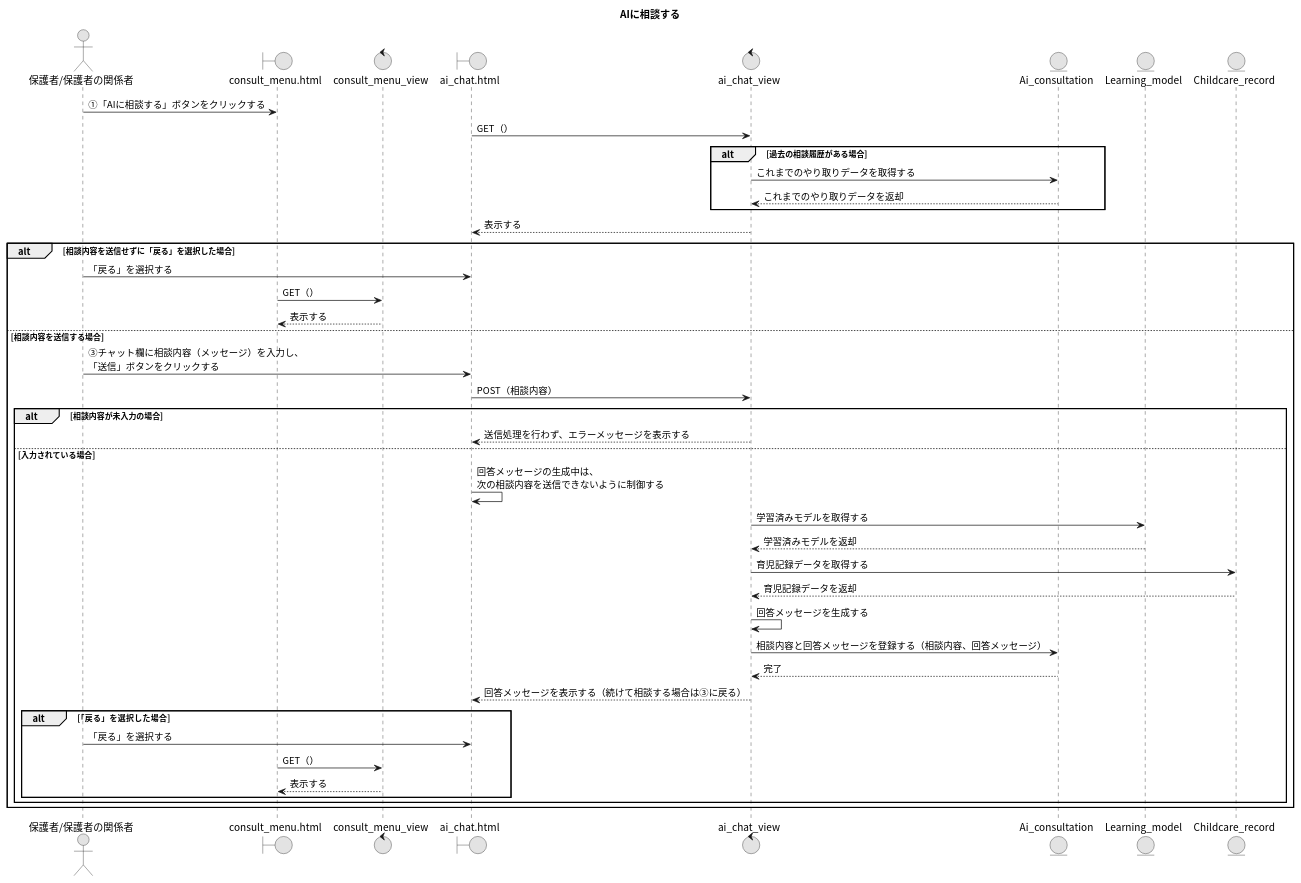
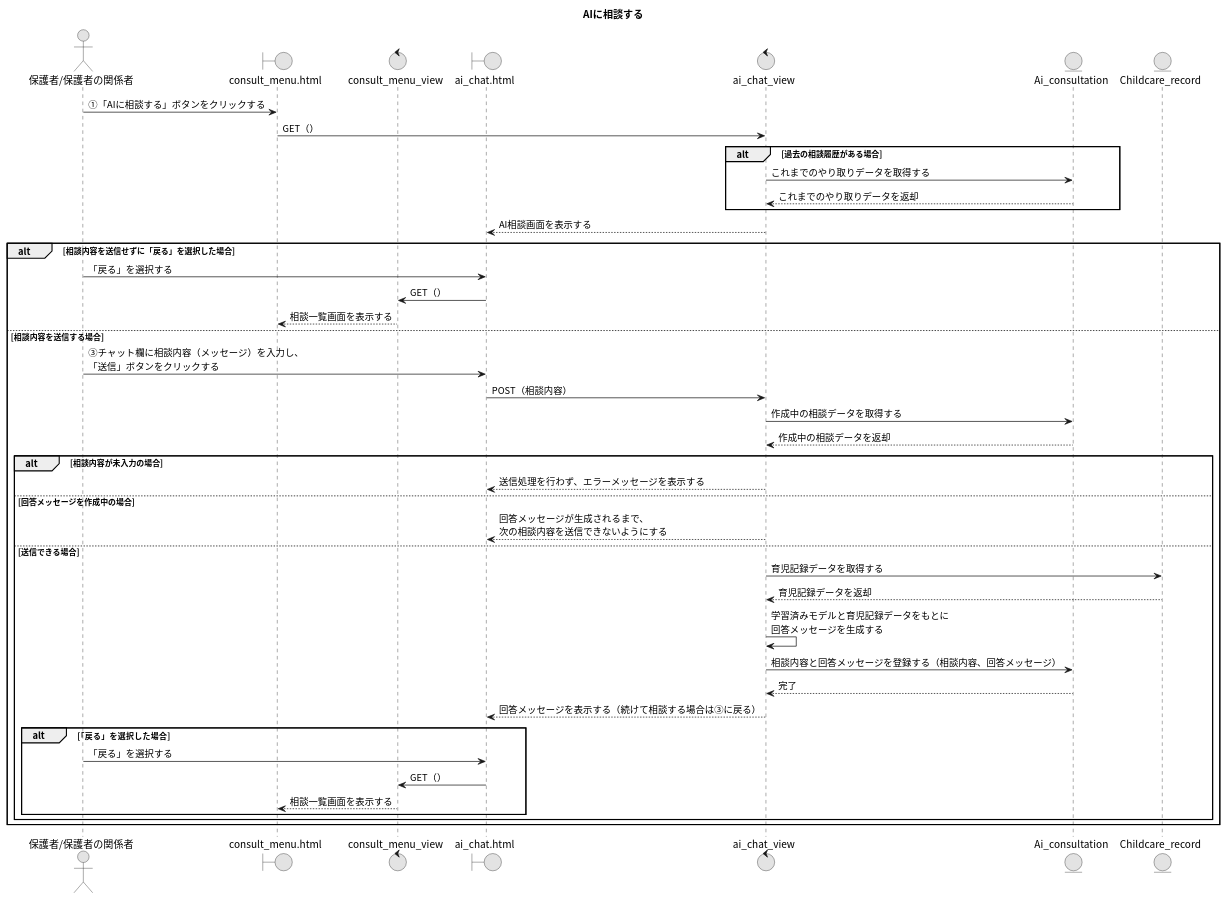
One commit to Ma2naga190330/26_sotugyou_puml changed the diagram in 09_AIに相談する.puml. Above: the diagram before and after it, drawn with PlantUML. The commit also changed 5 other files, not shown here.

```diff
--- a/09_AIに相談する.puml
+++ b/09_AIに相談する.puml
@@ -1,49 +1,55 @@
 @startuml
 title AIに相談する
 skinparam defaultFontName "Noto Sans CJK JP"
 skinparam monochrome true
 
 actor "保護者/保護者の関係者" as A
+' 相談一覧画面
 boundary "consult_menu.html" as CMP
+' 相談一覧（V）
 control "consult_menu_view" as CMV
+' AI相談画面
 boundary "ai_chat.html" as ACP
+' AI相談（V）
 control "ai_chat_view" as ACV
+' AI相談履歴（DB）
 entity "Ai_consultation" as ACSM
-entity "Learning_model" as LMM
+' 育児記録（DB）
 entity "Childcare_record" as CRM
 
 A -> CMP : ①「AIに相談する」ボタンをクリックする
-ACP -> ACV : GET（）
+CMP -> ACV : GET（）
 alt 過去の相談履歴がある場合
   ACV -> ACSM : これまでのやり取りデータを取得する
   ACV <-- ACSM : これまでのやり取りデータを返却
 end
-ACV --> ACP : 表示する
+ACV --> ACP : AI相談画面を表示する
 
 alt 相談内容を送信せずに「戻る」を選択した場合
   A -> ACP : 「戻る」を選択する
-  CMP -> CMV : GET（）
-  CMV --> CMP : 表示する
+  ACP -> CMV : GET（）
+  CMV --> CMP : 相談一覧画面を表示する
 else 相談内容を送信する場合
   A -> ACP : ③チャット欄に相談内容（メッセージ）を入力し、\n「送信」ボタンをクリックする
   ACP -> ACV : POST（相談内容）
+  ACV -> ACSM : 作成中の相談データを取得する
+  ACV <-- ACSM : 作成中の相談データを返却
   alt 相談内容が未入力の場合
     ACV --> ACP : 送信処理を行わず、エラーメッセージを表示する
-  else 入力されている場合
-    ACP -> ACP : 回答メッセージの生成中は、\n次の相談内容を送信できないように制御する
-    ACV -> LMM : 学習済みモデルを取得する
-    ACV <-- LMM : 学習済みモデルを返却
+  else 回答メッセージを作成中の場合
+    ACV --> ACP : 回答メッセージが生成されるまで、\n次の相談内容を送信できないようにする
+  else 送信できる場合
     ACV -> CRM : 育児記録データを取得する
     ACV <-- CRM : 育児記録データを返却
-    ACV -> ACV : 回答メッセージを生成する
+    ACV -> ACV : 学習済みモデルと育児記録データをもとに\n回答メッセージを生成する
     ACV -> ACSM : 相談内容と回答メッセージを登録する（相談内容、回答メッセージ）
     ACV <-- ACSM : 完了
     ACV --> ACP : 回答メッセージを表示する（続けて相談する場合は③に戻る）
     alt 「戻る」を選択した場合
       A -> ACP : 「戻る」を選択する
-      CMP -> CMV : GET（）
-      CMV --> CMP : 表示する
+      ACP -> CMV : GET（）
+      CMV --> CMP : 相談一覧画面を表示する
     end
   end
 end
 @enduml
```
